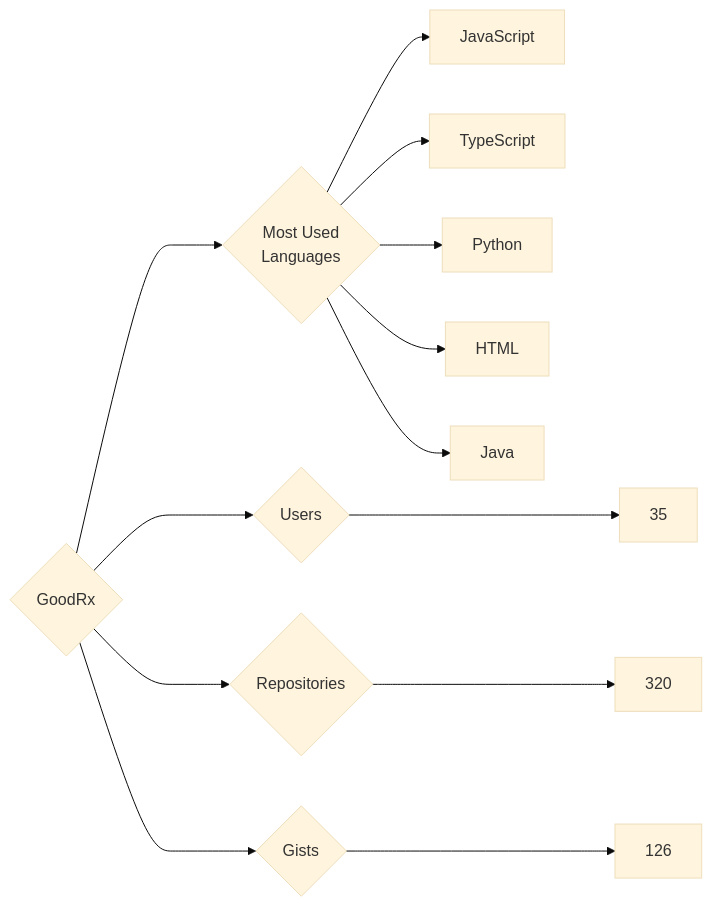
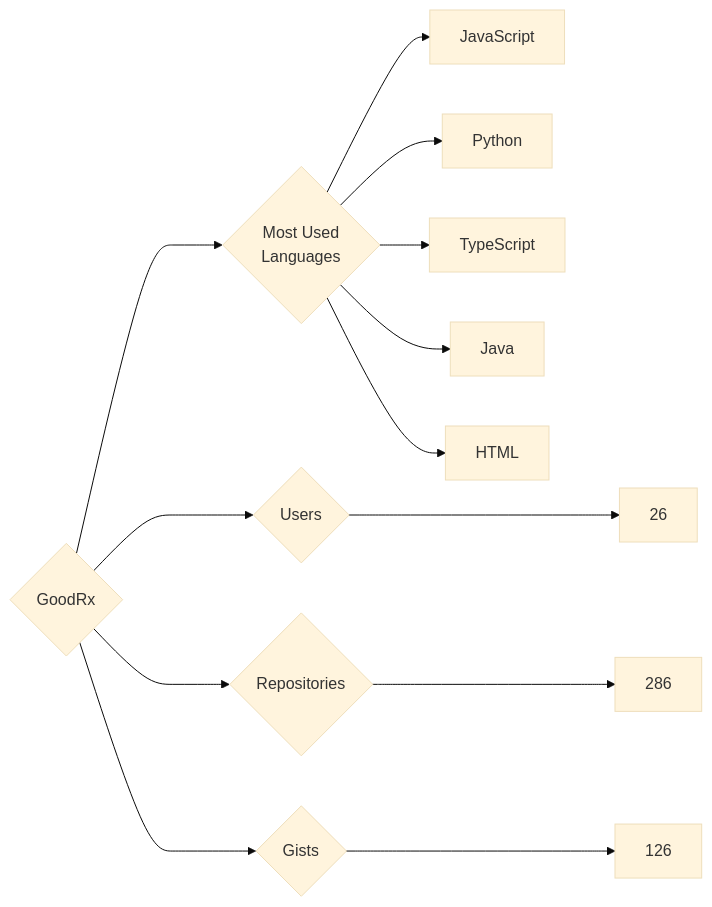
Before and after one commit to trickest/insiders: the diagram in targets/GoodRx/README.md, drawn with Mermaid (base theme). The commit also changed 894 other files, not shown here.

````diff
--- a/targets/GoodRx/README.md
+++ b/targets/GoodRx/README.md
@@ -3,13 +3,13 @@
 ```mermaid
 graph LR
 COMPANY_NAME{GoodRx}
-COMPANY_NAME ---> U{Users} ---> UN[35]
-COMPANY_NAME ---> R{Repositories} ---> RN[320]
+COMPANY_NAME ---> U{Users} ---> UN[26]
+COMPANY_NAME ---> R{Repositories} ---> RN[286]
 COMPANY_NAME ---> G{Gists} ---> GN[126]
 COMPANY_NAME ---> ML{Most Used<br>Languages}
 ML --> JavaScript[JavaScript]
+ML --> Python[Python]
 ML --> TypeScript[TypeScript]
-ML --> Python[Python]
+ML --> Java[Java]
 ML --> HTML[HTML]
-ML --> Java[Java]
 ```
````
